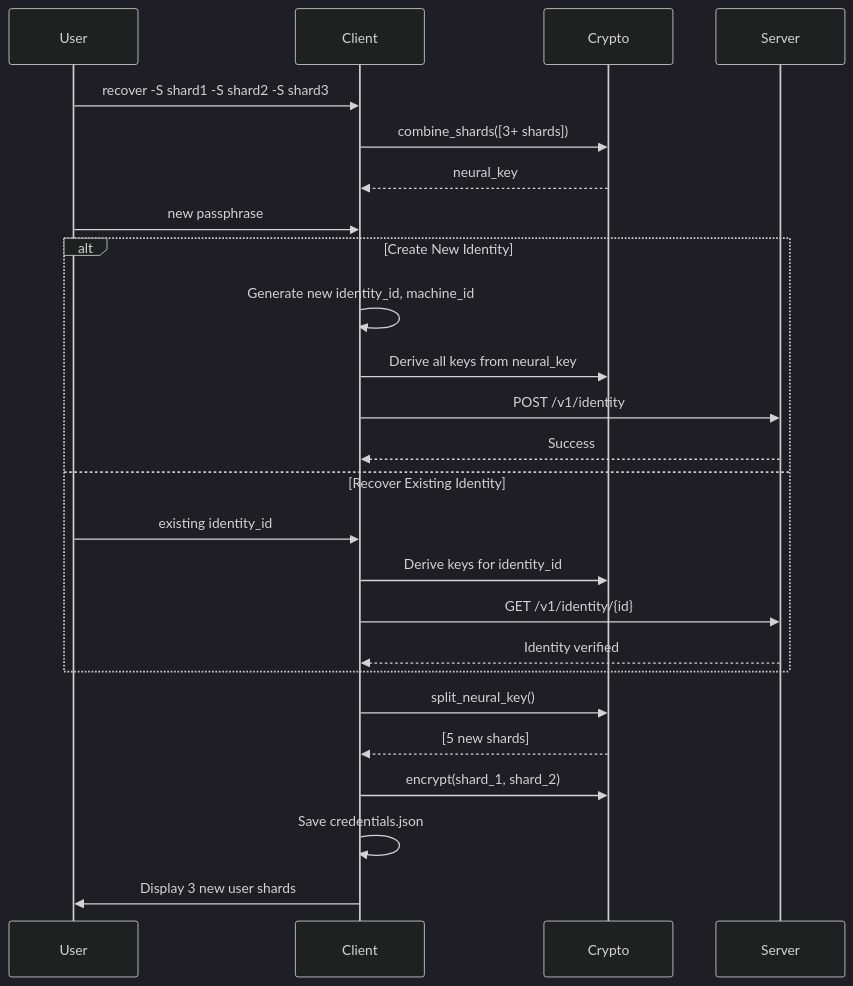
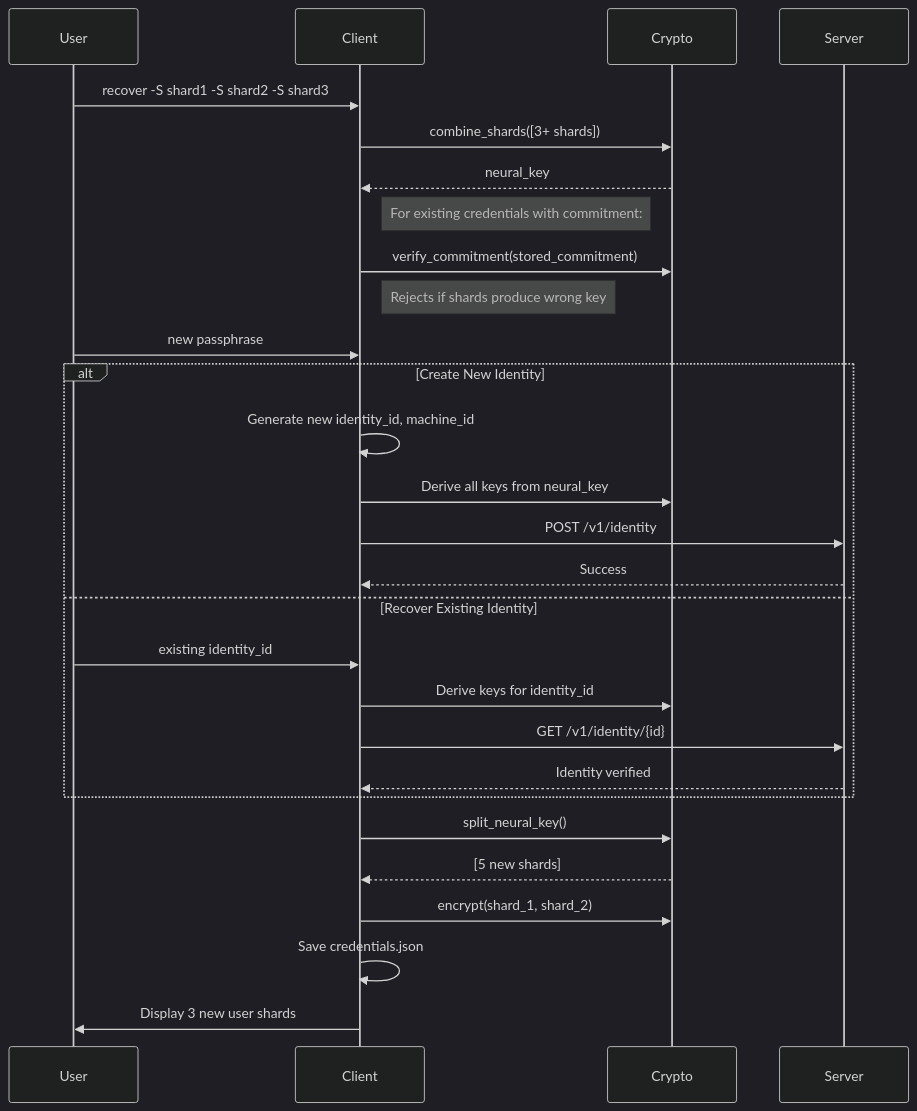
The seventh of 7 diagrams in docs/spec/v0.1/09-client.md (cypher-asi/zero-auth), drawn with Mermaid (dark theme) before and after one commit.

Commit message:
docs: add commitment verification to recovery flow diagram

````diff
--- a/docs/spec/v0.1/09-client.md
+++ b/docs/spec/v0.1/09-client.md
@@ -385,34 +385,38 @@
 ```mermaid
 sequenceDiagram
     participant User
     participant Client
     participant Crypto
     participant Server
     
     User->>Client: recover -S shard1 -S shard2 -S shard3
     
     Client->>Crypto: combine_shards([3+ shards])
     Crypto-->>Client: neural_key
+    
+    Note right of Client: For existing credentials with commitment:
+    Client->>Crypto: verify_commitment(stored_commitment)
+    Note right of Client: Rejects if shards produce wrong key
     
     User->>Client: new passphrase
     
     alt Create New Identity
         Client->>Client: Generate new identity_id, machine_id
         Client->>Crypto: Derive all keys from neural_key
         Client->>Server: POST /v1/identity
         Server-->>Client: Success
     else Recover Existing Identity
         User->>Client: existing identity_id
         Client->>Crypto: Derive keys for identity_id
         Client->>Server: GET /v1/identity/{id}
         Server-->>Client: Identity verified
     end
     
     Client->>Crypto: split_neural_key()
     Crypto-->>Client: [5 new shards]
     
     Client->>Crypto: encrypt(shard_1, shard_2)
     Client->>Client: Save credentials.json
     
     Client->>User: Display 3 new user shards
 ```
````
